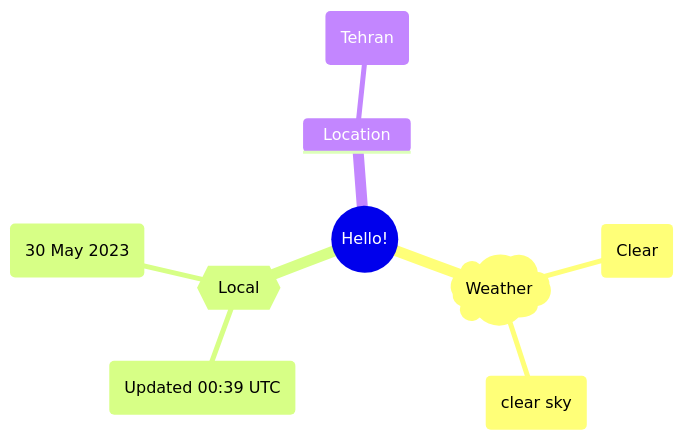
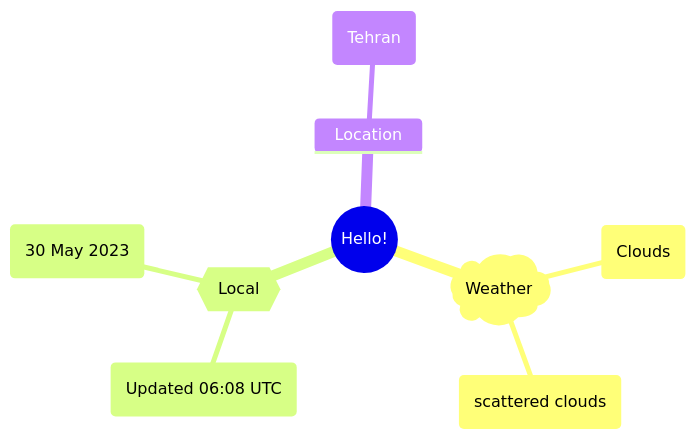
The first of 2 diagrams in README.md (Xosrov/Xosrov), drawn with Mermaid before and after one commit.

Commit message:
[bot] updated images

````diff
--- a/README.md
+++ b/README.md
@@ -3,12 +3,12 @@
 ```mermaid
 mindmap
   root((Hello!))
     )Weather(
-        (Clear)
-        (clear sky)
+        (Clouds)
+        (scattered clouds)
     {{Local}}
-        (Updated 00:39 UTC)
+        (Updated 06:08 UTC)
         (30 May 2023)
     Location
         (Tehran)
 ```
````
